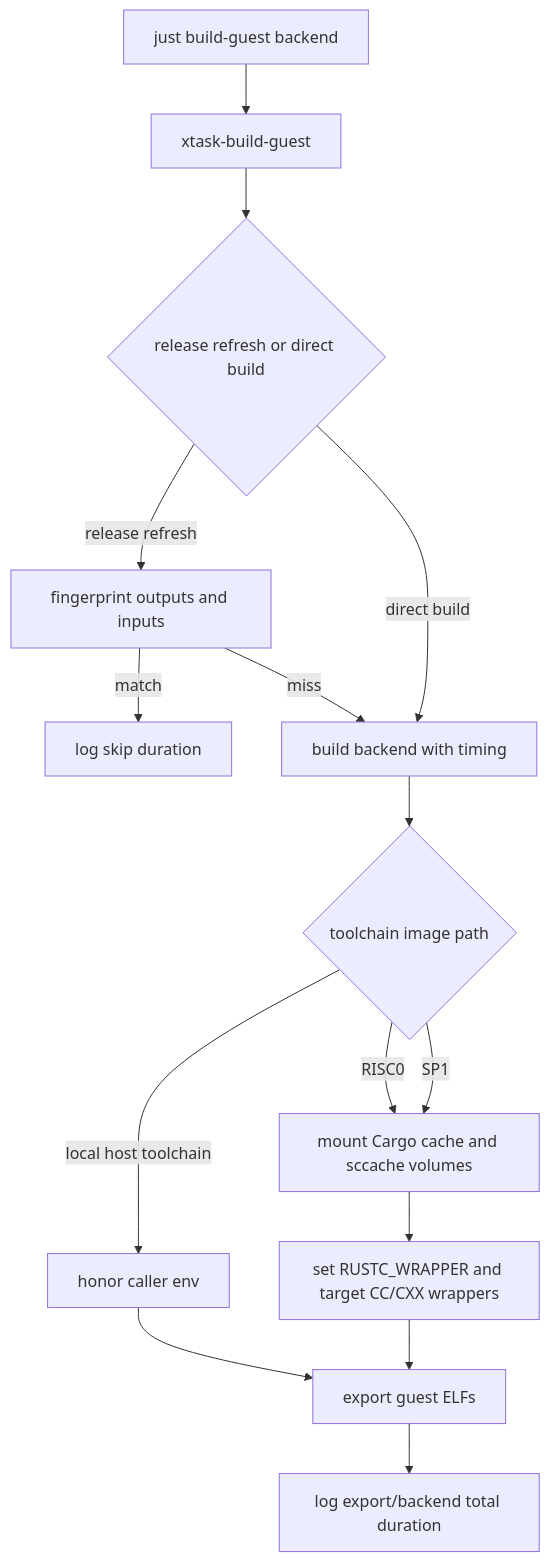
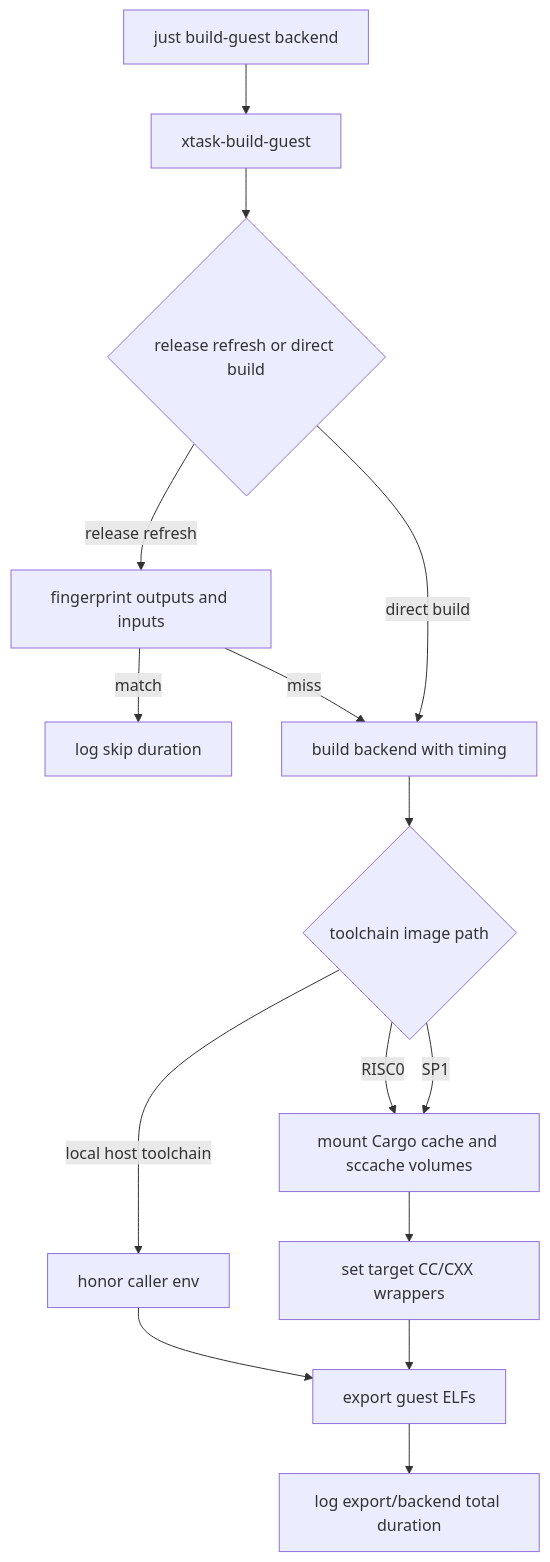
Before and after one commit to taikoxyz/raiko2: the diagram in docs/plans/2026-07-05-002-perf-guest-build-speed-plan.md, drawn with Mermaid. The commit also changed other lines of this file and 3 other files, not shown here.

````diff
--- a/docs/plans/2026-07-05-002-perf-guest-build-speed-plan.md
+++ b/docs/plans/2026-07-05-002-perf-guest-build-speed-plan.md
@@ -99,17 +99,17 @@
 ```mermaid
 flowchart TB
   A[just build-guest backend] --> B[xtask-build-guest]
   B --> C{release refresh or direct build}
   C -->|release refresh| D[fingerprint outputs and inputs]
   D -->|match| E[log skip duration]
   D -->|miss| F[build backend with timing]
   C -->|direct build| F
   F --> G{toolchain image path}
   G -->|RISC0| H[mount Cargo cache and sccache volumes]
   G -->|SP1| H
   G -->|local host toolchain| I[honor caller env]
-  H --> J[set RUSTC_WRAPPER and target CC/CXX wrappers]
+  H --> J[set target CC/CXX wrappers]
   I --> K[export guest ELFs]
   J --> K
   K --> L[log export/backend total duration]
 ```
````
